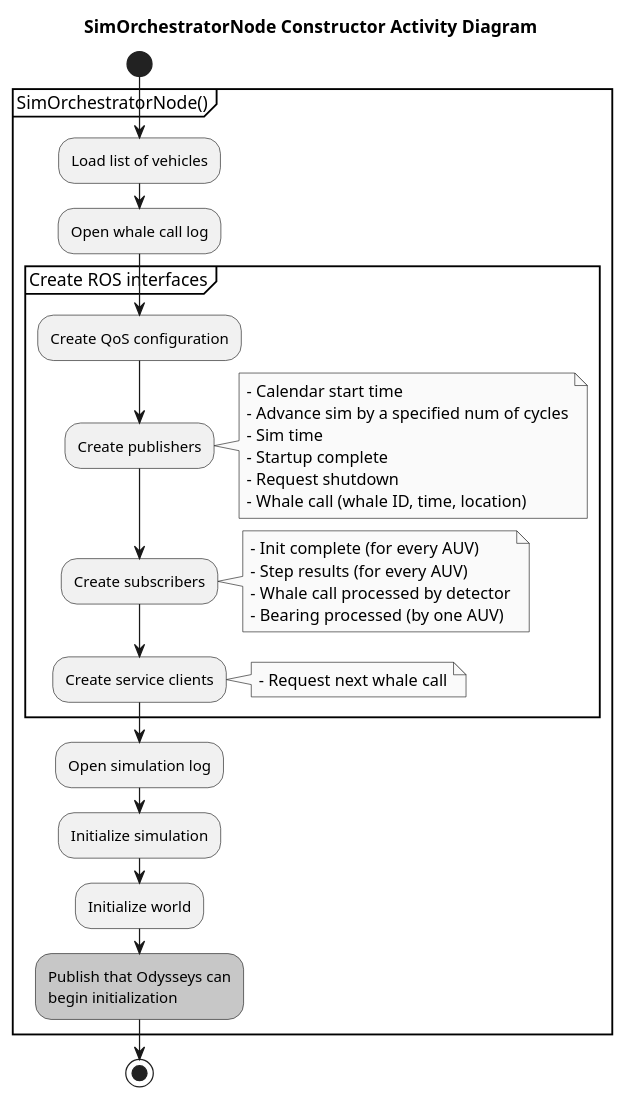
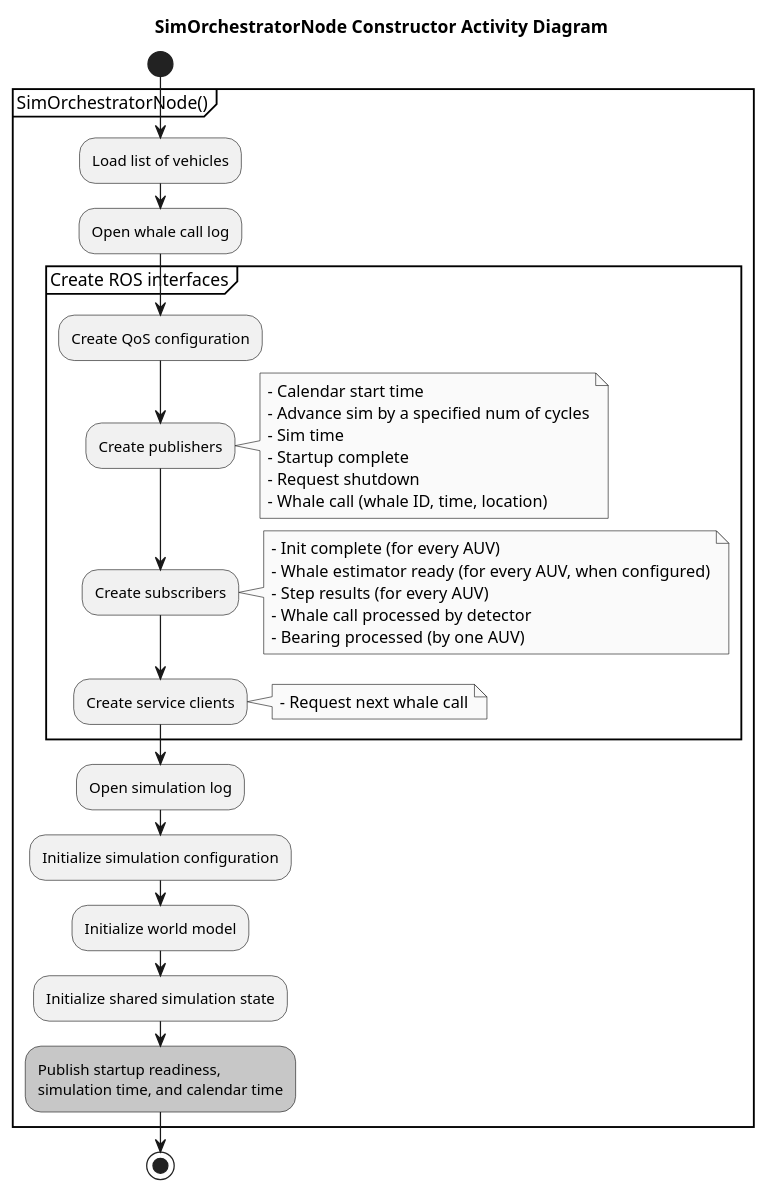
One commit to Tebcherani/MANTA changed the diagram in components/manta_core/docs/sim_orchestrator_init.puml. Above: the diagram before and after it, drawn with PlantUML.

Commit message:
Update core initialization diagram for current startup flow

```diff
--- a/components/manta_core/docs/sim_orchestrator_init.puml
+++ b/components/manta_core/docs/sim_orchestrator_init.puml
@@ -1,47 +1,49 @@
 @startuml
 title SimOrchestratorNode Constructor Activity Diagram
 
 skinparam monochrome true
 skinparam shadowing false
 skinparam svgLinkTarget _self
 
 start
 
 partition "SimOrchestratorNode()" {
     :Load list of vehicles;    
     :Open whale call log;
     partition "Create ROS interfaces" {
         :Create QoS configuration;
         
         :Create publishers;
         note right
             - Calendar start time
             - Advance sim by a specified num of cycles
             - Sim time
             - Startup complete
             - Request shutdown
             - Whale call (whale ID, time, location)
         end note
 
         :Create subscribers;
         note right
             - Init complete (for every AUV)
+            - Whale estimator ready (for every AUV, when configured)
             - Step results (for every AUV)
             - Whale call processed by detector
             - Bearing processed (by one AUV)
         end note
 
         :Create service clients;
         note right: - Request next whale call
 
     }
     
     :Open simulation log;
-    :Initialize simulation;
-    :Initialize world;
-    #lightgreen:Publish that Odysseys can\nbegin initialization;
+    :Initialize simulation configuration;
+    :Initialize world model;
+    :Initialize shared simulation state;
+    #lightgreen:Publish startup readiness,\nsimulation time, and calendar time;
 }
 
 stop
 
 @enduml
```
